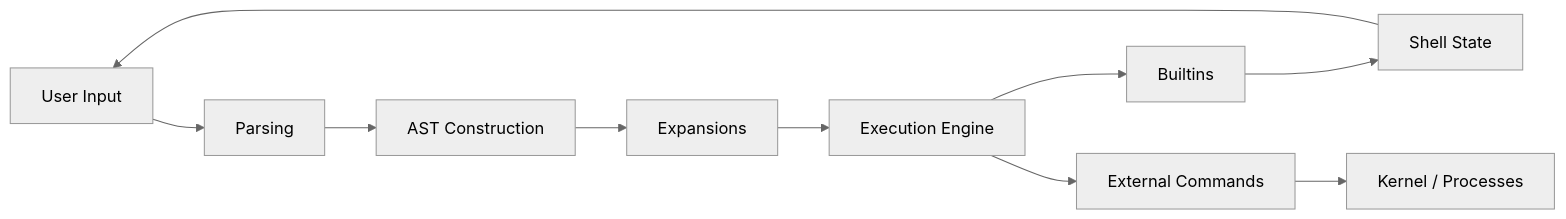
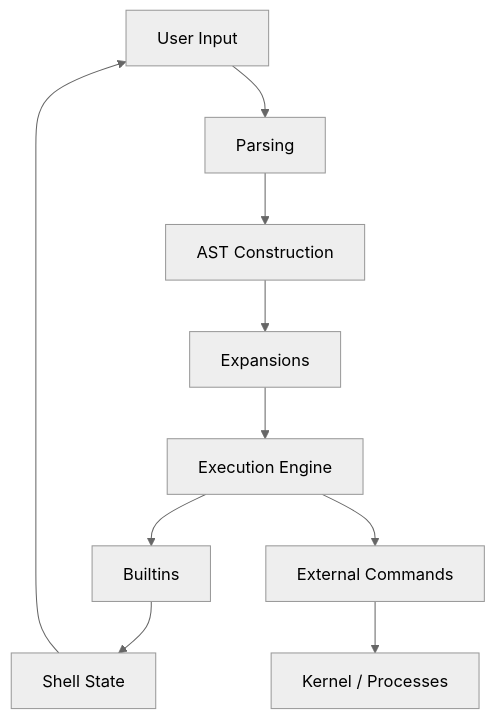
Before and after one commit to nasqnik/minishell: the first of 2 diagrams in README.md, drawn with Mermaid (neutral theme). The commit also changed other lines of this file, not shown here.

Commit message:
change in flowcharts in readme

````diff
--- a/README.md
+++ b/README.md
@@ -41,14 +41,14 @@
 ```mermaid
-flowchart LR
+flowchart TD
     Input[User Input] --> Parsing[Parsing]
     Parsing --> AST[AST Construction]
     AST --> Expansion[Expansions]
     Expansion --> Execution[Execution Engine]
 
     Execution --> Builtins[Builtins]
     Execution --> External[External Commands]
 
     Builtins --> State[Shell State]
     External --> OS[Kernel / Processes]
     State --> Input
 ```
````
